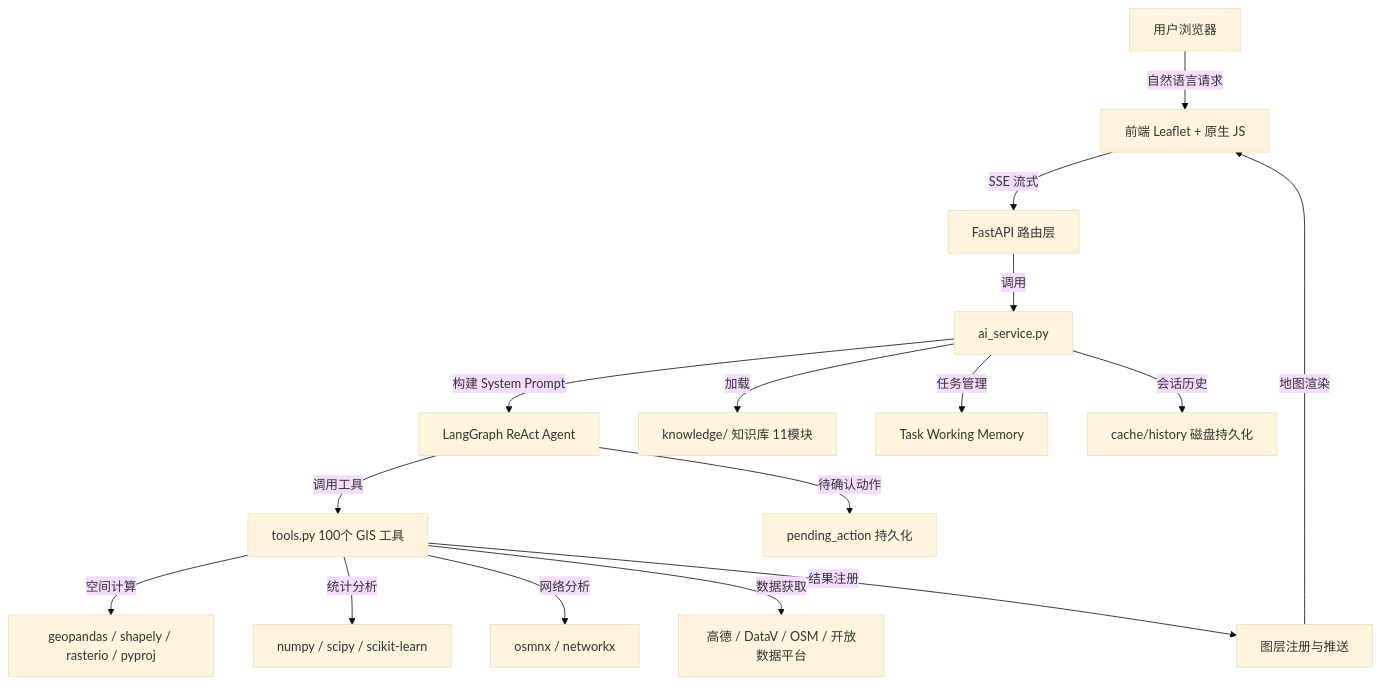
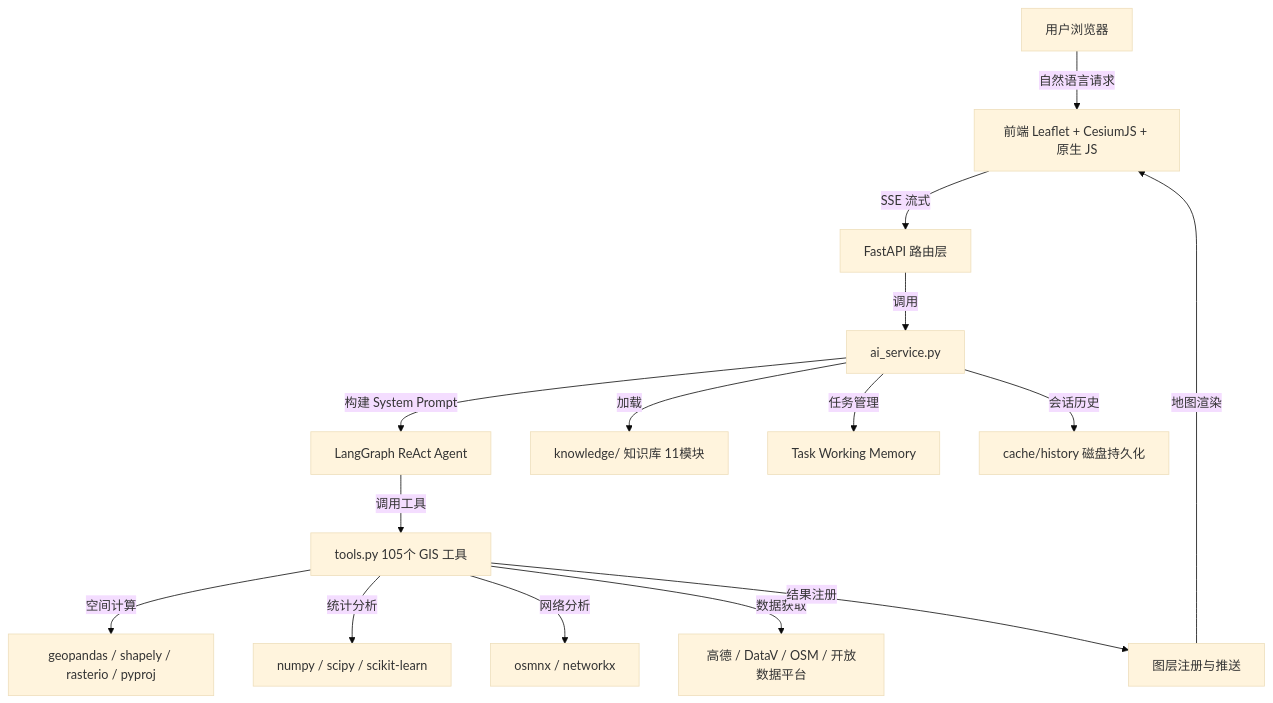
Before and after one commit to Wukeeeeee/GIS-WORKTABLE: the diagram in README.md, drawn with Mermaid (base theme). The commit also changed other lines of this file, not shown here.

````diff
--- a/README.md
+++ b/README.md
@@ -185,18 +89,17 @@
 ```mermaid
 graph TB
-    User[用户浏览器] -->|自然语言请求| Frontend[前端 Leaflet + 原生 JS]
+    User[用户浏览器] -->|自然语言请求| Frontend[前端 Leaflet + CesiumJS + 原生 JS]
     Frontend -->|SSE 流式| API[FastAPI 路由层]
     API -->|调用| AIService[ai_service.py]
     AIService -->|构建 System Prompt| Graph[LangGraph ReAct Agent]
     AIService -->|加载| KB[knowledge/ 知识库 11模块]
-    Graph -->|调用工具| Tools[tools.py 100个 GIS 工具]
+    Graph -->|调用工具| Tools[tools.py 105个 GIS 工具]
     Tools -->|空间计算| GeoStack[geopandas / shapely / rasterio / pyproj]
     Tools -->|统计分析| StatsStack[numpy / scipy / scikit-learn]
     Tools -->|网络分析| NetworkStack[osmnx / networkx]
     Tools -->|数据获取| DataSources[高德 / DataV / OSM / 开放数据平台]
     Tools -->|结果注册| LayerState[图层注册与推送]
     LayerState -->|地图渲染| Frontend
-    Graph -->|待确认动作| PendingAction[pending_action 持久化]
     AIService -->|任务管理| TaskManager[Task Working Memory]
     AIService -->|会话历史| History[cache/history 磁盘持久化]
 ```
````
